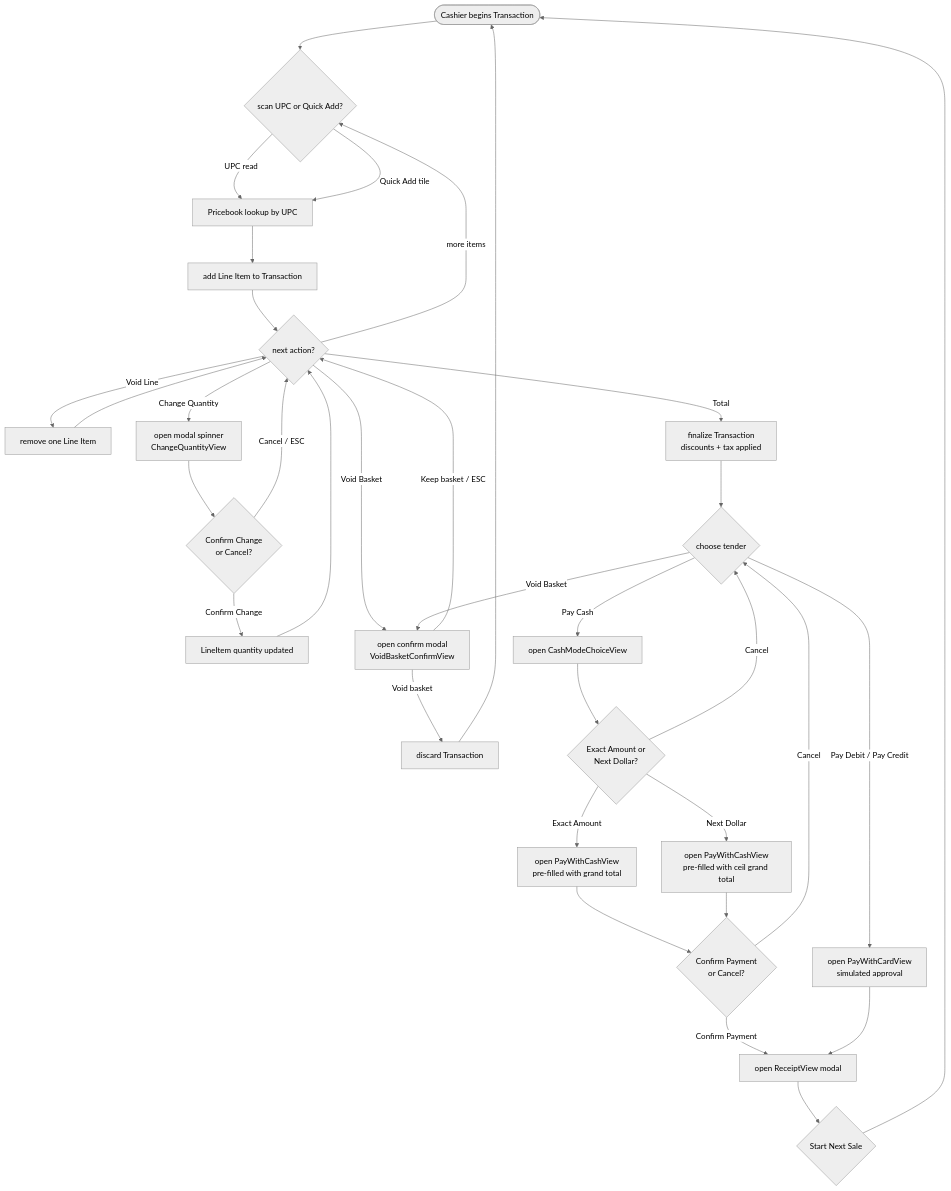
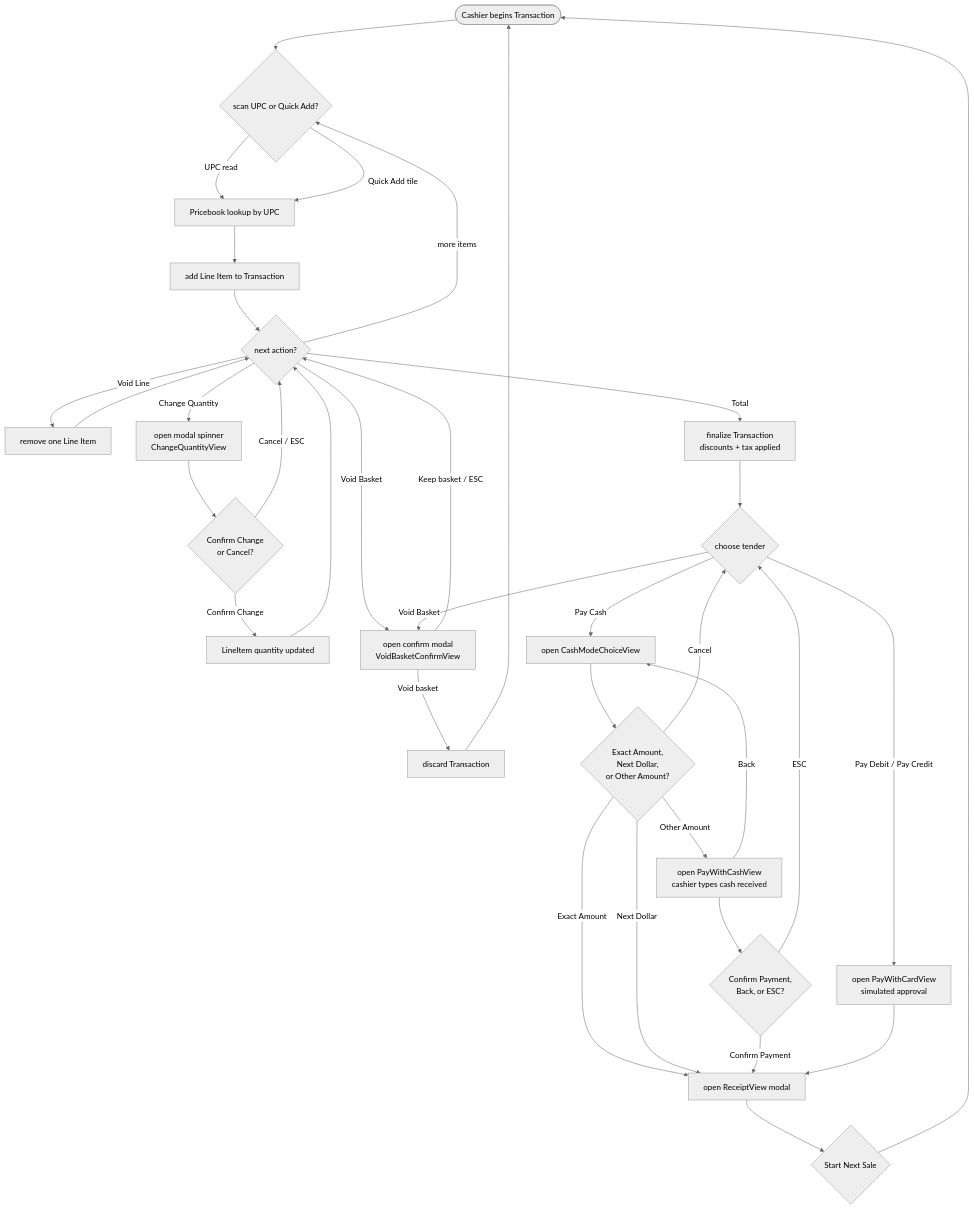
Before and after one commit to rhuel-laurente-rp/rocketpartners-pos: the second of 2 diagrams in docs/Phase 1/user-flow.md, drawn with Mermaid (neutral theme). The commit also changed 57 other files, not shown here.

````diff
--- a/docs/Phase 1/user-flow.md
+++ b/docs/Phase 1/user-flow.md
@@ -47,32 +47,33 @@
 ```mermaid
 flowchart TD
     Start([Cashier begins Transaction]) --> Scan{scan UPC or Quick Add?}
     Scan -->|UPC read| Lookup[Pricebook lookup by UPC]
     Scan -->|Quick Add tile| Lookup
     Lookup --> Add[add Line Item to Transaction]
     Add --> More{next action?}
     More -->|more items| Scan
     More -->|Void Line| VL[remove one Line Item] --> More
     More -->|Change Quantity| CQ[open modal spinner<br/>ChangeQuantityView] --> CQchoose{Confirm Change<br/>or Cancel?}
     CQchoose -->|Cancel / ESC| More
     CQchoose -->|Confirm Change| CQdone[LineItem quantity updated] --> More
     More -->|Void Basket| VBprompt[open confirm modal<br/>VoidBasketConfirmView]
     VBprompt -->|Keep basket / ESC| More
     VBprompt -->|Void basket| VB[discard Transaction] --> Start
     More -->|Total| Total[finalize Transaction<br/>discounts + tax applied]
     Total --> Tchoose{choose tender}
     Tchoose -->|Void Basket| VBprompt
     Tchoose -->|Pay Cash| CashMode[open CashModeChoiceView]
     Tchoose -->|Pay Debit / Pay Credit| Card[open PayWithCardView<br/>simulated approval]
-    CashMode --> CashChoose{Exact Amount or<br/>Next Dollar?}
-    CashChoose -->|Exact Amount| CashEnter[open PayWithCashView<br/>pre-filled with grand total]
-    CashChoose -->|Next Dollar| CashEnter2[open PayWithCashView<br/>pre-filled with ceil grand total]
+    CashMode --> CashChoose{Exact Amount,<br/>Next Dollar,<br/>or Other Amount?}
+    CashChoose -->|Exact Amount| Receipt
+    CashChoose -->|Next Dollar| Receipt
+    CashChoose -->|Other Amount| CashEnter[open PayWithCashView<br/>cashier types cash received]
     CashChoose -->|Cancel| Tchoose
-    CashEnter --> CashConfirm{Confirm Payment<br/>or Cancel?}
-    CashEnter2 --> CashConfirm
-    CashConfirm -->|Cancel| Tchoose
+    CashEnter --> CashConfirm{Confirm Payment,<br/>Back, or ESC?}
+    CashEnter -->|Back| CashMode
+    CashConfirm -->|ESC| Tchoose
     CashConfirm -->|Confirm Payment| Receipt
     Card --> Receipt[open ReceiptView modal]
     Receipt --> RcpDismiss{Start Next Sale}
     RcpDismiss --> Start
 ```
````
